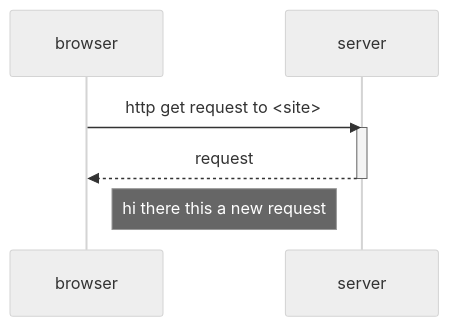
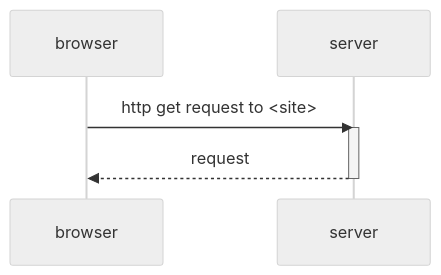
One commit to ThePyWizard/fullstack changed the diagram in part0/ex_0.4.md. Above: the diagram before and after it, drawn with Mermaid (neutral theme).

````diff
--- a/part0/ex_0.4.md
+++ b/part0/ex_0.4.md
@@ -1,11 +1,11 @@
 ```mermaid
 sequenceDiagram
     participant browser
     participant server
     
     browser->>server : http get request to <site>
     activate server
     server-->>browser: request
     deactivate server
-    Note right of browser : hi there this a new request
+    
 ```
````
